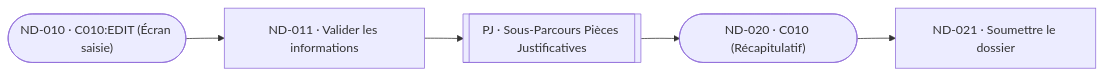
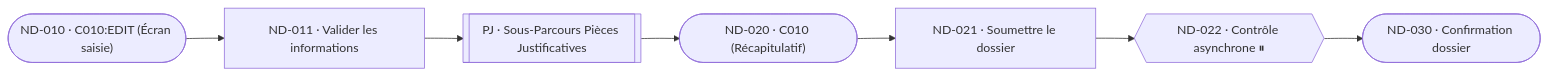
Before and after one commit to Pi0up/ai-skills: the diagram in templates/userflows/flow-collapsed.mmd, drawn with Mermaid. The commit also changed 5 other files, not shown here.

Commit message:
feat(templates): add ATT node to nominal userflows and enrich break metadata in showcase

```diff
--- a/templates/userflows/flow-collapsed.mmd
+++ b/templates/userflows/flow-collapsed.mmd
@@ -1,23 +1,29 @@
 %%@file id=PF-DOSSIER-NOM project=DOSSIER kind=userflow view=collapsed uc=UC-DOSSIER obj=OBJ-DOSSIER-01 statut=nominal roles=MANAGER title="Parcours Nominal : Soumettre un Dossier" version="1.1" atterrissage=C010
 %%@node ND010 code=C010:EDIT type=ECR order=1
 %%@node ND011 ref=FEAT-VALIDER-INFOS type=ACT order=2
 %%@node PJ code=PF-DOSSIER-PJ-SEG type=CALL order=3
 %%@node ND020 code=C010 type=ECR order=4
 %%@node ND021 ref=FEAT-SOUMETTRE type=ACT order=5
+%%@node ND022 type=ATT break=yes resume=ND030 persist=session delay=5m order=6
+%%@node ND030 code=D001 type=ECR order=7
 %%@edge ND010>ND011 kind=nominal
 %%@edge ND011>PJ kind=nominal
 %%@edge PJ>ND020 kind=nominal
 %%@edge ND020>ND021 kind=nominal
+%%@edge ND021>ND022 kind=nominal
+%%@edge ND022>ND030 kind=nominal
 flowchart LR
 
     %% --------------------------------------------------------------------------
     %% Séquence linéaire du parcours nominal (Fichier Brut Séparé)
     %% P3 : Séquence strictement linéaire sans embranchement interne
     %% --------------------------------------------------------------------------
     ND010(["ND-010 · C010:EDIT (Écran saisie)"])
     ND011["ND-011 · Valider les informations"]
     PJ[["PJ · Sous-Parcours Pièces Justificatives"]]
     ND020(["ND-020 · C010 (Récapitulatif)"])
     ND021["ND-021 · Soumettre le dossier"]
+    ND022{{"ND-022 · Contrôle asynchrone ⏸"}}
+    ND030(["ND-030 · Confirmation dossier"])
 
-    ND010 --> ND011 --> PJ --> ND020 --> ND021
+    ND010 --> ND011 --> PJ --> ND020 --> ND021 --> ND022 --> ND030
```
